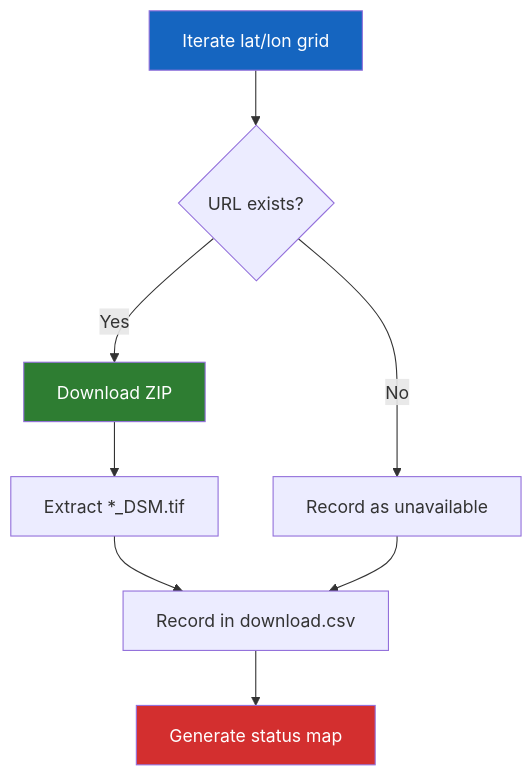
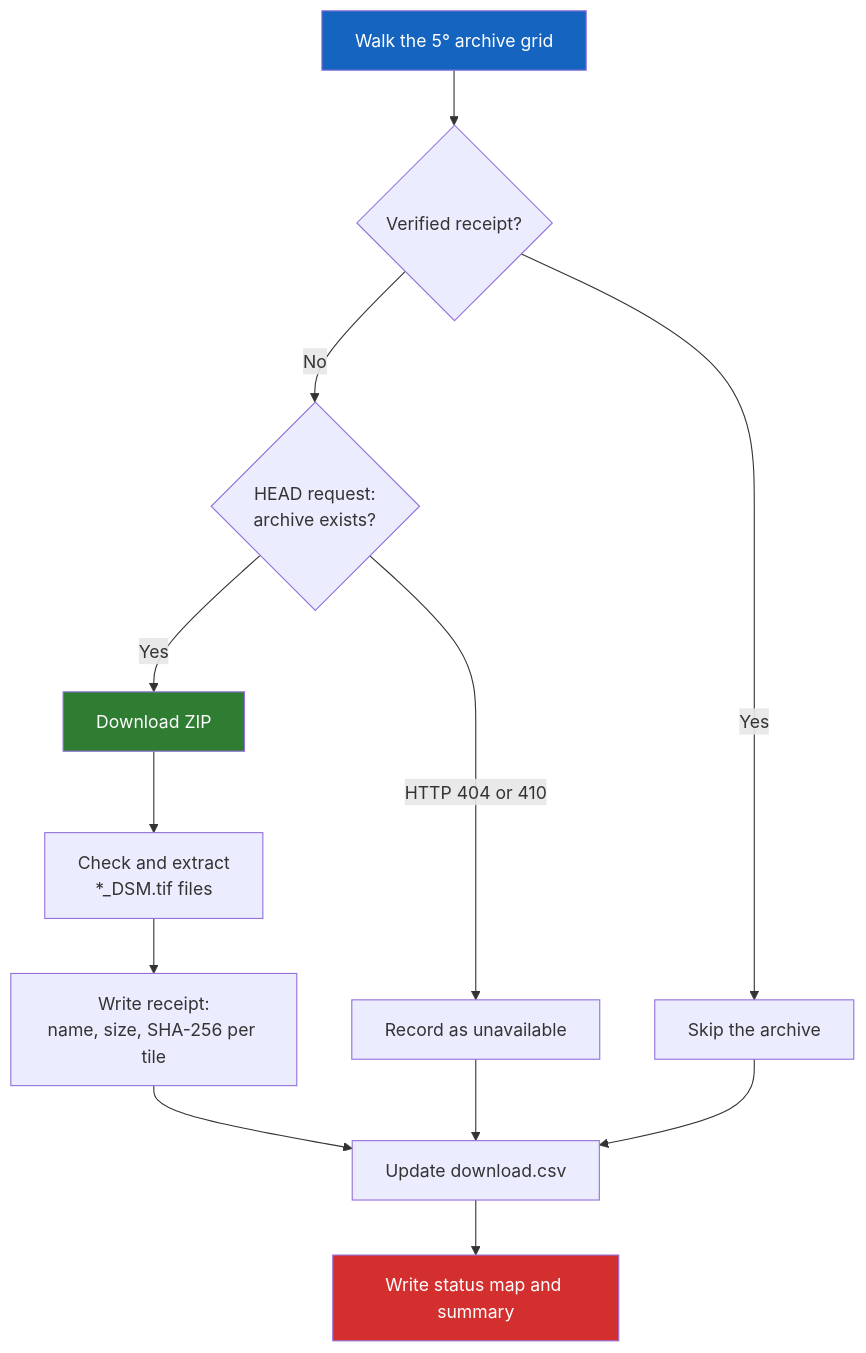
The diagram in docs/guide/download.md (ThalesGroup/passage), drawn with Mermaid before and after one commit. The commit also changed other lines of this file and 69 other files, not shown here.

````diff
--- a/docs/guide/download.md
+++ b/docs/guide/download.md
@@ -67,14 +84,18 @@
 ```mermaid
 flowchart TD
-    A[Iterate lat/lon grid] --> B{URL exists?}
-    B -->|Yes| C[Download ZIP]
-    B -->|No| D[Record as unavailable]
-    C --> E[Extract *_DSM.tif]
-    E --> F[Record in download.csv]
-    D --> F
-    F --> G[Generate status map]
+    A[Walk the 5° archive grid] --> B{Verified receipt?}
+    B -->|Yes| S[Skip the archive]
+    B -->|No| H{HEAD request:<br>archive exists?}
+    H -->|HTTP 404 or 410| U[Record as unavailable]
+    H -->|Yes| C[Download ZIP]
+    C --> E[Check and extract<br>*_DSM.tif files]
+    E --> R[Write receipt:<br>name, size, SHA-256 per tile]
+    R --> F[Update download.csv]
+    U --> F
+    S --> F
+    F --> G[Write status map and summary]
 
     style A fill:#1565C0,color:#fff
     style C fill:#2E7D32,color:#fff
     style G fill:#D32F2F,color:#fff
 ```
````
